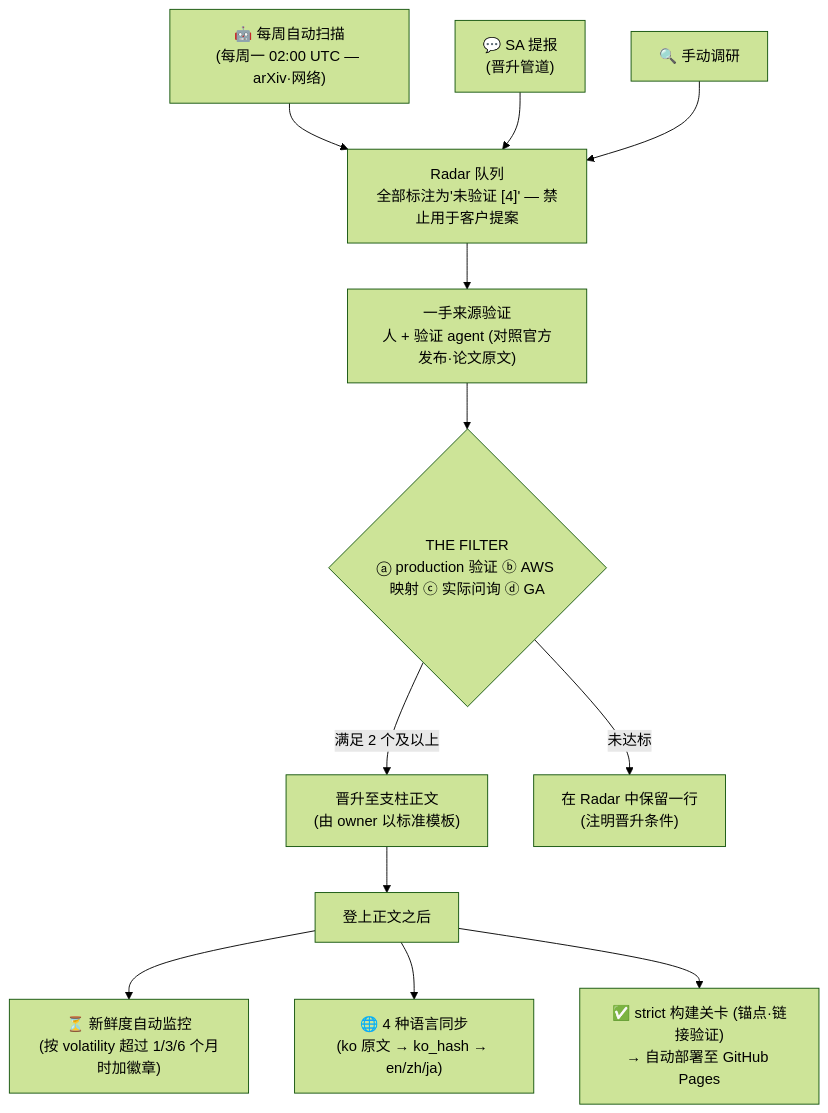
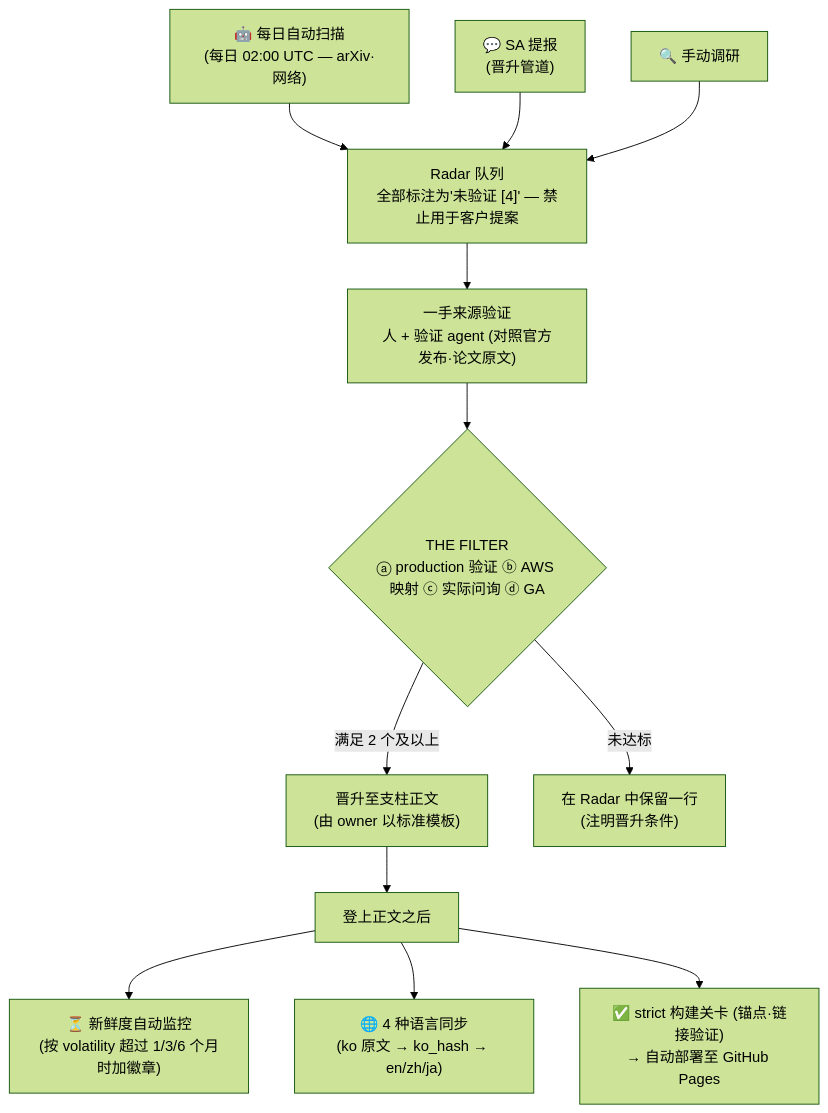
Before and after one commit to comeddy/pai-playbook: the diagram in docs/guide.zh.md, drawn with Mermaid (forest theme). The commit also changed other lines of this file and 4 other files, not shown here.

````diff
--- a/docs/guide.zh.md
+++ b/docs/guide.zh.md
@@ -15,14 +15,14 @@
 ```mermaid
 graph TD
-    A1["🤖 每周自动扫描<br>(每周一 02:00 UTC — arXiv·网络)"] --> R
+    A1["🤖 每日自动扫描<br>(每日 02:00 UTC — arXiv·网络)"] --> R
     A2["💬 SA 提报<br>(晋升管道)"] --> R
     A3[🔍 手动调研] --> R
     R["Radar 队列<br>全部标注为'未验证 [4]' — 禁止用于客户提案"] --> V["一手来源验证<br>人 + 验证 agent (对照官方发布·论文原文)"]
     V --> F{"THE FILTER<br>ⓐ production 验证 ⓑ AWS 映射 ⓒ 实际问询 ⓓ GA"}
     F -- 满足 2 个及以上 --> P["晋升至支柱正文<br>(由 owner 以标准模板)"]
     F -- 未达标 --> K["在 Radar 中保留一行<br>(注明晋升条件)"]
     P --> AFTER[登上正文之后]
     AFTER --> M1["⏳ 新鲜度自动监控<br>(按 volatility 超过 1/3/6 个月时加徽章)"]
     AFTER --> M2["🌐 4 种语言同步<br>(ko 原文 → ko_hash → en/zh/ja)"]
     AFTER --> M3["✅ strict 构建关卡 (锚点·链接验证)<br>→ 自动部署至 GitHub Pages"]
 ```
````
